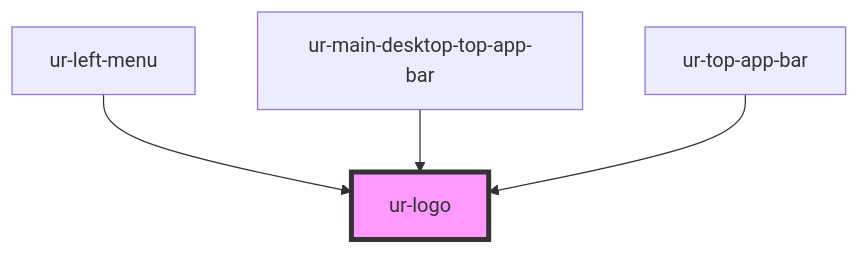
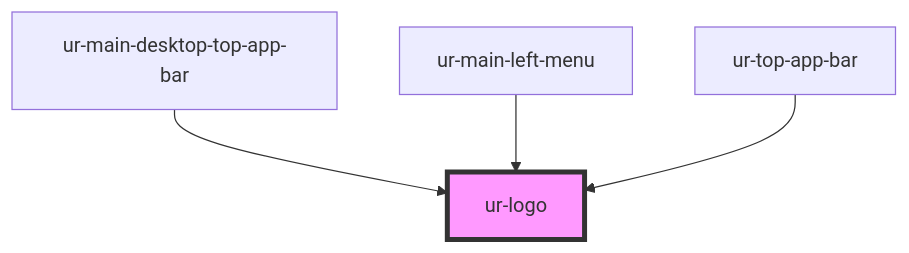
One commit to hellish/urnovl-web-components changed the diagram in src/components/ur-logo/readme.md. Above: the diagram before and after it, drawn with Mermaid. The commit also changed other lines of this file and 86 other files, not shown here.

````diff
--- a/src/components/ur-logo/readme.md
+++ b/src/components/ur-logo/readme.md
@@ -28,7 +28,7 @@
 ```mermaid
 graph TD;
-  ur-left-menu --> ur-logo
   ur-main-desktop-top-app-bar --> ur-logo
+  ur-main-left-menu --> ur-logo
   ur-top-app-bar --> ur-logo
   style ur-logo fill:#f9f,stroke:#333,stroke-width:4px
 ```
````
